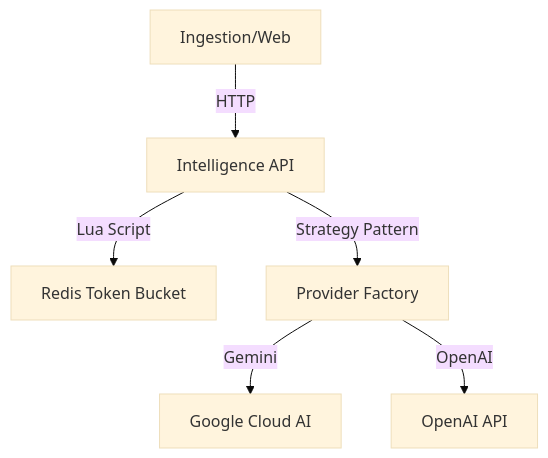
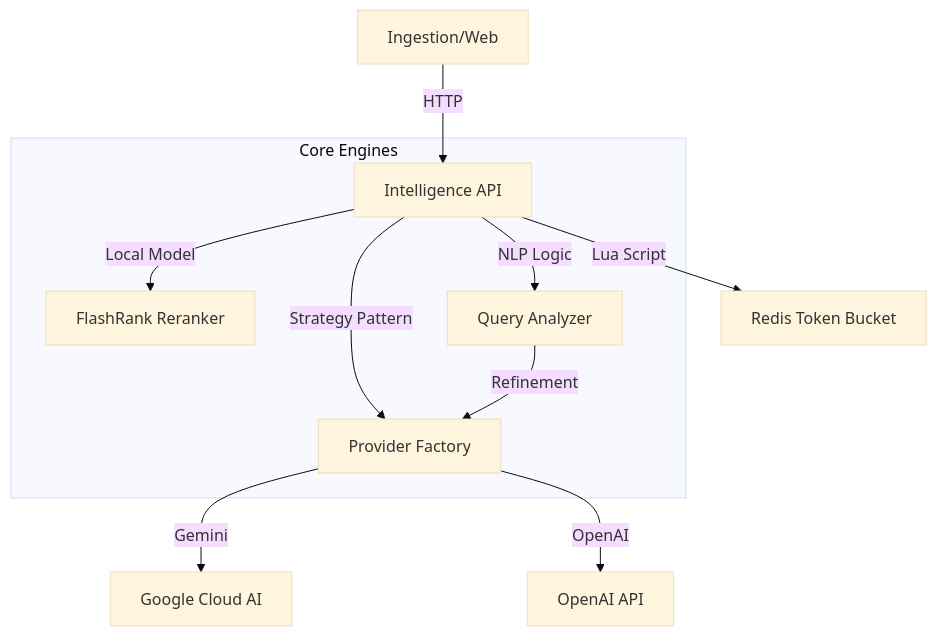
The diagram in services/intelligence/README.md (shubh305/octanebrew-platform), drawn with Mermaid (base theme) before and after one commit. The commit also changed other lines of this file and 2 other files, not shown here.

````diff
--- a/services/intelligence/README.md
+++ b/services/intelligence/README.md
@@ -34,8 +36,15 @@
 ```mermaid
 graph TD
     Client[Ingestion/Web] -->|HTTP| API[Intelligence API]
     API -->|Lua Script| Redis[Redis Token Bucket]
-    API -->|Strategy Pattern| Factory[Provider Factory]
+    
+    subgraph "Core Engines"
+        API -->|Strategy Pattern| Factory[Provider Factory]
+        API -->|Local Model| Rerank[FlashRank Reranker]
+        API -->|NLP Logic| Analyzer[Query Analyzer]
+    end
+
     Factory -->|Gemini| Google[Google Cloud AI]
     Factory -->|OpenAI| OAI[OpenAI API]
+    Analyzer -->|Refinement| Factory
 ```
````
